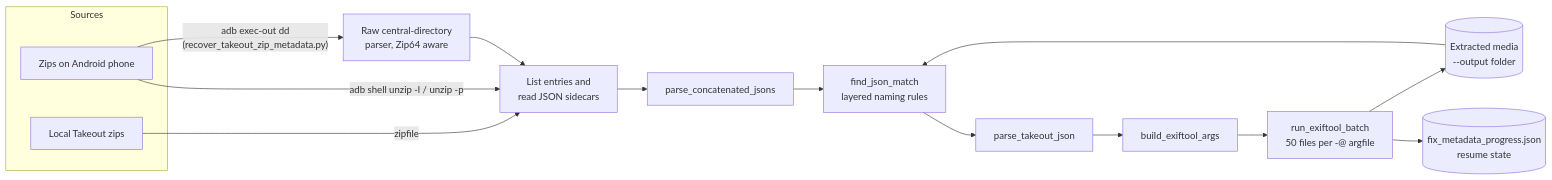
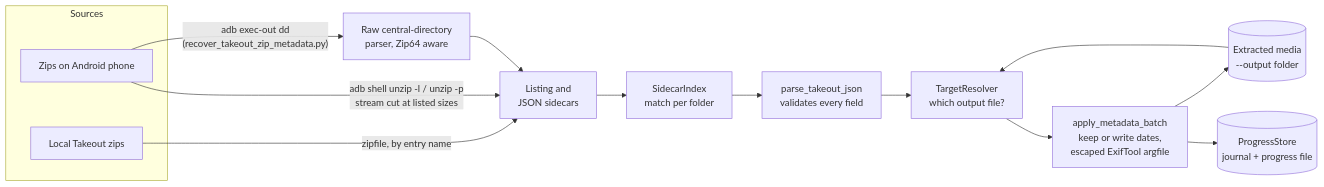
One commit to muhib-karim/google-takeout-metadata-fixer changed the diagram in README.md. Above: the diagram before and after it, drawn with Mermaid. The commit also changed other lines of this file and 32 other files, not shown here.

First line of the commit message:
Production-grade pass: 37 metadata/resume bugs fixed, CI on 3.10-3.15, mypy, gitleaks (#2)

````diff
--- a/README.md
+++ b/README.md
@@ -109,19 +126,18 @@
 ```mermaid
 flowchart LR
     subgraph Sources
         L[Local Takeout zips]
         P[Zips on Android phone]
     end
-    L -- zipfile --> LS[List entries and<br/>read JSON sidecars]
-    P -- "adb shell unzip -l / unzip -p" --> LS
+    L -- "zipfile, by entry name" --> LS[Listing and<br/>JSON sidecars]
+    P -- "adb shell unzip -l / unzip -p<br/>stream cut at listed sizes" --> LS
     P -- "adb exec-out dd<br/>(recover_takeout_zip_metadata.py)" --> CD[Raw central-directory<br/>parser, Zip64 aware]
     CD --> LS
-    LS --> PJ[parse_concatenated_jsons]
-    PJ --> M[find_json_match<br/>layered naming rules]
-    O[("Extracted media<br/>--output folder")] --> M
-    M --> PT[parse_takeout_json]
-    PT --> B[build_exiftool_args]
-    B --> E[run_exiftool_batch<br/>50 files per -@ argfile]
-    E --> O
-    E --> PR[("fix_metadata_progress.json<br/>resume state")]
+    LS --> M[SidecarIndex<br/>match per folder]
+    M --> PT[parse_takeout_json<br/>validates every field]
+    PT --> T[TargetResolver<br/>which output file?]
+    O[("Extracted media<br/>--output folder")] --> T
+    T --> A[apply_metadata_batch<br/>keep or write dates,<br/>escaped ExifTool argfile]
+    A --> O
+    A --> PR[("ProgressStore<br/>journal + progress file")]
 ```
````
